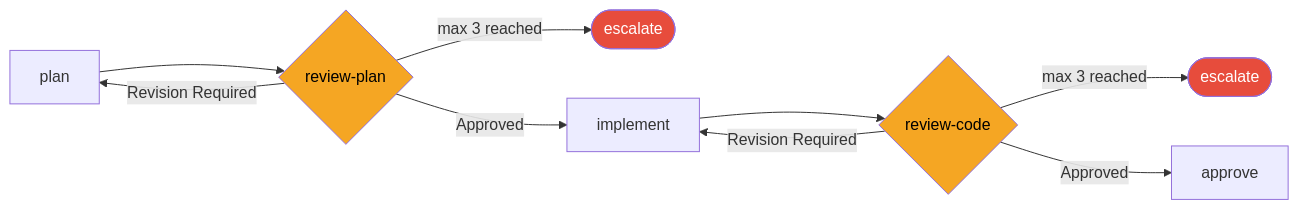
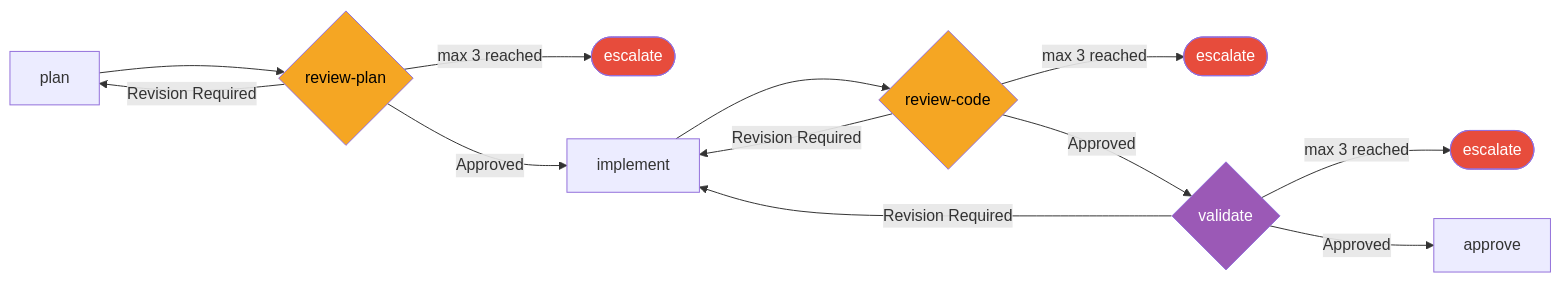
The second of 3 diagrams in docs/commands/task-pipeline/run-task.md (Entelligentsia/forge), drawn with Mermaid before and after one commit. The commit also changed other lines of this file and 13 other files, not shown here.

````diff
--- a/docs/commands/task-pipeline/run-task.md
+++ b/docs/commands/task-pipeline/run-task.md
@@ -81,16 +82,21 @@
 ```mermaid
 flowchart LR
     P[plan] --> RP{review-plan}
     RP -->|Revision Required| P
     RP -->|max 3 reached| ESC1([escalate])
     RP -->|Approved| I[implement]
     I --> RC{review-code}
     RC -->|Revision Required| I
     RC -->|max 3 reached| ESC2([escalate])
-    RC -->|Approved| AP[approve]
+    RC -->|Approved| V{validate}
+    V -->|Revision Required| I
+    V -->|max 3 reached| ESC3([escalate])
+    V -->|Approved| AP[approve]
 
     style ESC1 fill:#e74c3c,color:#fff
     style ESC2 fill:#e74c3c,color:#fff
+    style ESC3 fill:#e74c3c,color:#fff
     style RP fill:#f5a623,color:#000
     style RC fill:#f5a623,color:#000
+    style V fill:#9b59b6,color:#fff
 ```
````
